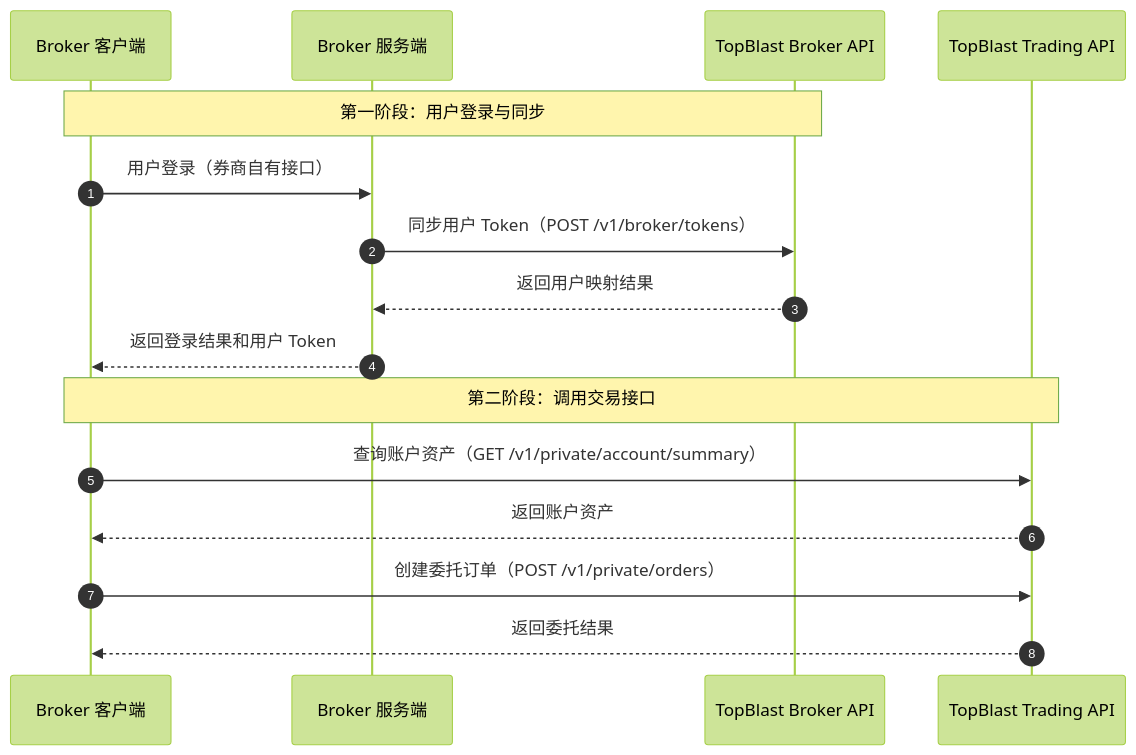
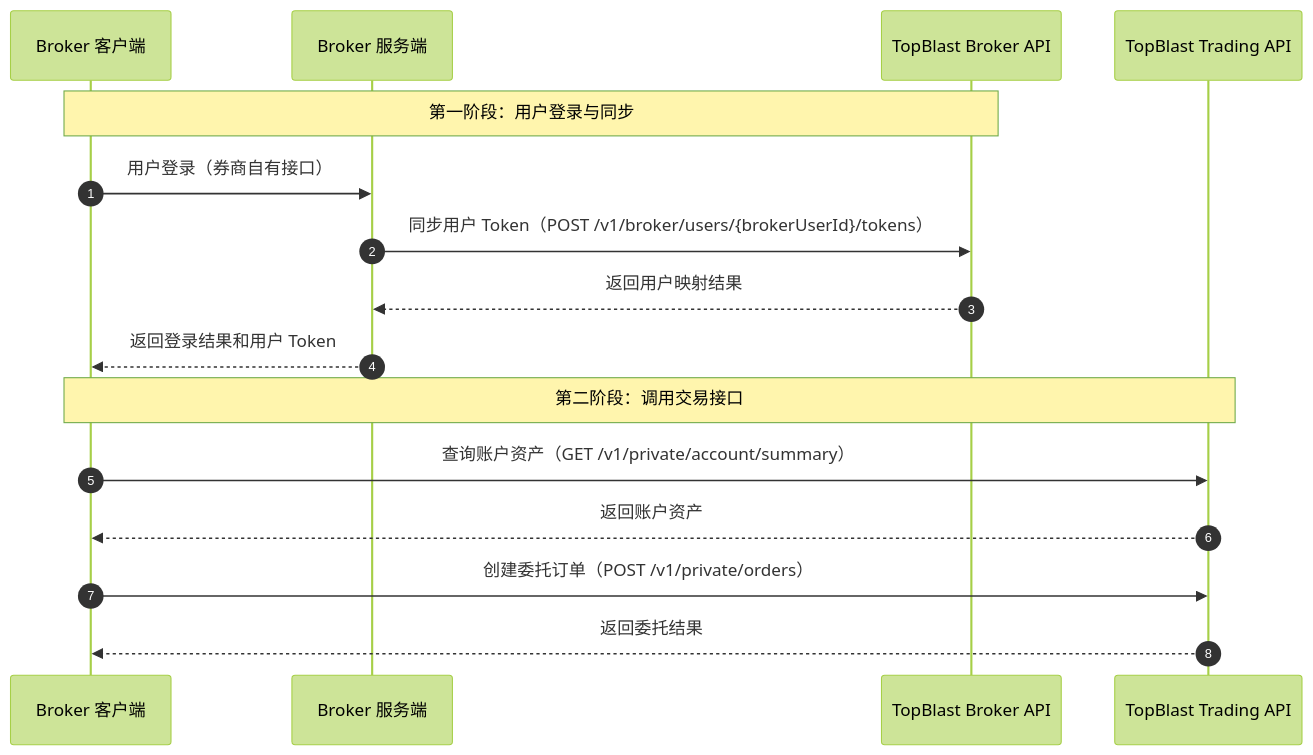
One commit to topblast-trade/docs changed the first of 2 diagrams in cn/broker/guide/integration-flow.mdx. Above: the diagram before and after it, drawn with Mermaid (forest theme). The commit also changed other lines of this file and 21 other files, not shown here.

Commit message:
docs: align broker user endpoints

````diff
--- a/cn/broker/guide/integration-flow.mdx
+++ b/cn/broker/guide/integration-flow.mdx
@@ -12,20 +12,20 @@
 ```mermaid
 sequenceDiagram
     autonumber
 
     participant BrokerClient as Broker 客户端
     participant BrokerServer as Broker 服务端
     participant BrokerAPI as TopBlast Broker API
     participant TradingAPI as TopBlast Trading API
 
     Note over BrokerClient,BrokerAPI: 第一阶段：用户登录与同步
     BrokerClient->>BrokerServer: 用户登录（券商自有接口）
-    BrokerServer->>BrokerAPI: 同步用户 Token（POST /v1/broker/tokens）
+    BrokerServer->>BrokerAPI: 同步用户 Token（POST /v1/broker/users/{brokerUserId}/tokens）
     BrokerAPI-->>BrokerServer: 返回用户映射结果
     BrokerServer-->>BrokerClient: 返回登录结果和用户 Token
     Note over BrokerClient,TradingAPI: 第二阶段：调用交易接口
     BrokerClient->>TradingAPI: 查询账户资产（GET /v1/private/account/summary）
     TradingAPI-->>BrokerClient: 返回账户资产
     BrokerClient->>TradingAPI: 创建委托订单（POST /v1/private/orders）
     TradingAPI-->>BrokerClient: 返回委托结果
 ```
````
